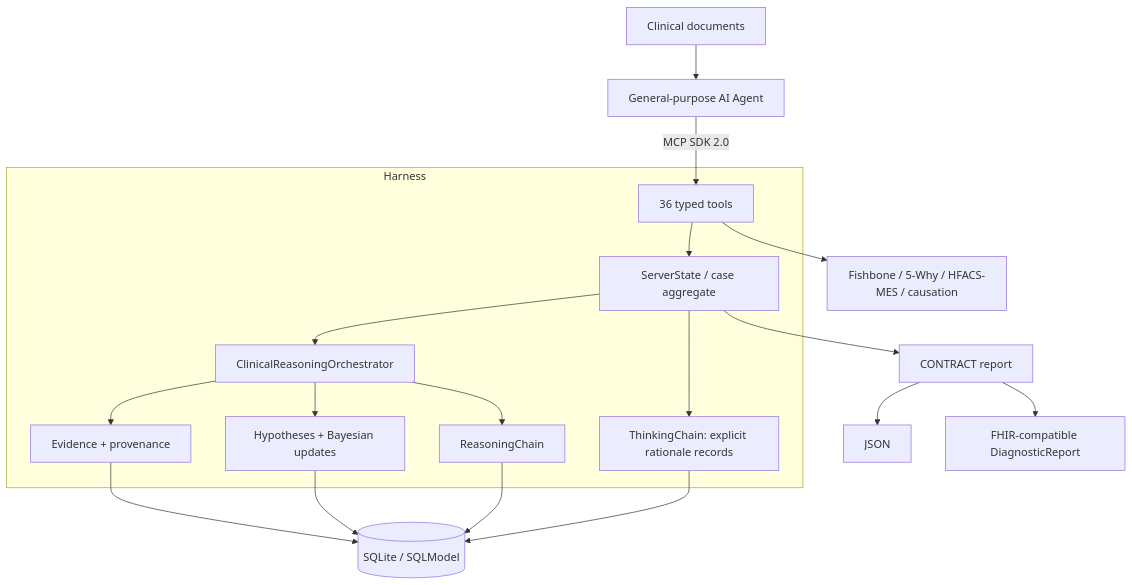
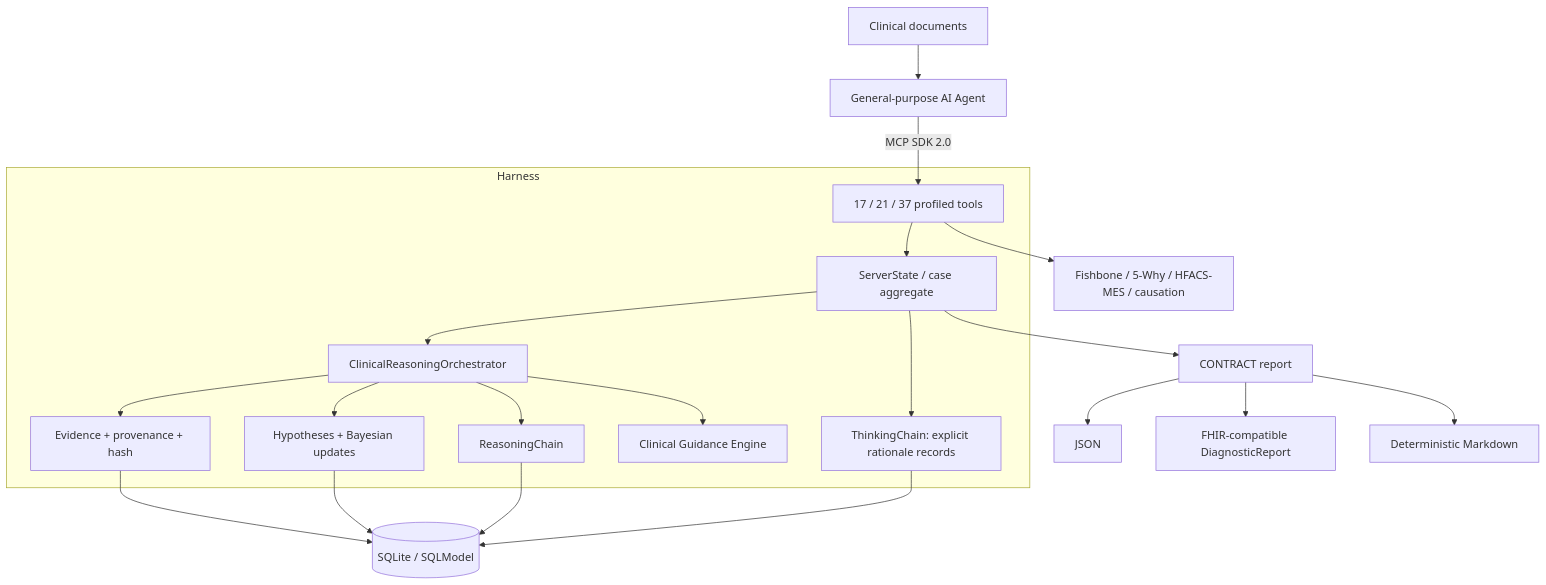
One commit to u9401066/rootcause-mcp changed the diagram in README.md. Above: the diagram before and after it, drawn with Mermaid. The commit also changed other lines of this file and 13 other files, not shown here.

Commit message:
docs: update i18n READMEs, architecture diagrams, and memory bank

````diff
--- a/README.md
+++ b/README.md
@@ -36,25 +90,27 @@
 ```mermaid
 graph TB
-    A[General-purpose AI Agent] -->|MCP SDK 2.0| T[36 typed tools]
+    A[General-purpose AI Agent] -->|MCP SDK 2.0| T[17 / 21 / 37 profiled tools]
     D[Clinical documents] --> A
 
     subgraph Harness
         T --> S[ServerState / case aggregate]
         S --> O[ClinicalReasoningOrchestrator]
-        O --> E[Evidence + provenance]
+        O --> E[Evidence + provenance + hash]
         O --> H[Hypotheses + Bayesian updates]
         O --> R[ReasoningChain]
+        O --> G[Clinical Guidance Engine]
         S --> C[ThinkingChain: explicit rationale records]
     end
 
     E --> DB[(SQLite / SQLModel)]
     H --> DB
     R --> DB
     C --> DB
 
     S --> CR[CONTRACT report]
     CR --> J[JSON]
     CR --> F[FHIR-compatible DiagnosticReport]
+    CR --> M[Deterministic Markdown]
 
     T --> RCA[Fishbone / 5-Why / HFACS-MES / causation]
 ```
````
